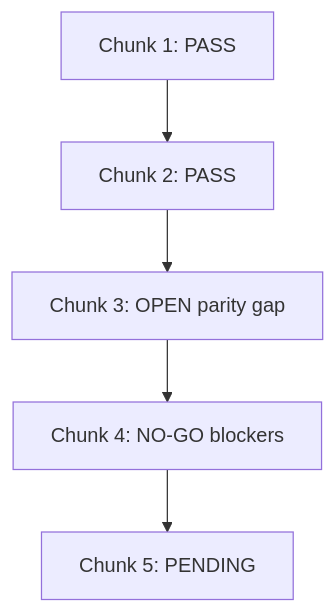
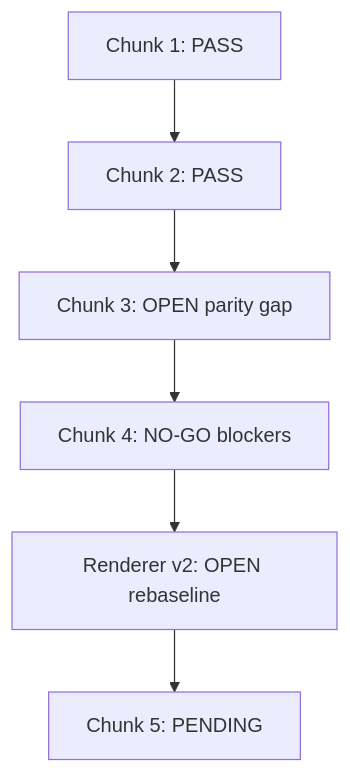
One commit to gavingavinchan/Unbiased_Surfel_sonar changed the fourth of 4 diagrams in plans/PLAN_ELEVATION_AWARE_TRAINING_FLOW_2026-02-24.md. Above: the diagram before and after it, drawn with Mermaid. The commit also changed other lines of this file and 7 other files, not shown here.

````diff
--- a/plans/PLAN_ELEVATION_AWARE_TRAINING_FLOW_2026-02-24.md
+++ b/plans/PLAN_ELEVATION_AWARE_TRAINING_FLOW_2026-02-24.md
@@ -487,10 +511,11 @@
 ```mermaid
 flowchart TD
     C1[Chunk 1: PASS]
     C2[Chunk 2: PASS]
     C3[Chunk 3: OPEN parity gap]
     C4[Chunk 4: NO-GO blockers]
+    RV2[Renderer v2: OPEN rebaseline]
     C5[Chunk 5: PENDING]
 
-    C1 --> C2 --> C3 --> C4 --> C5
+    C1 --> C2 --> C3 --> C4 --> RV2 --> C5
 ```
````
